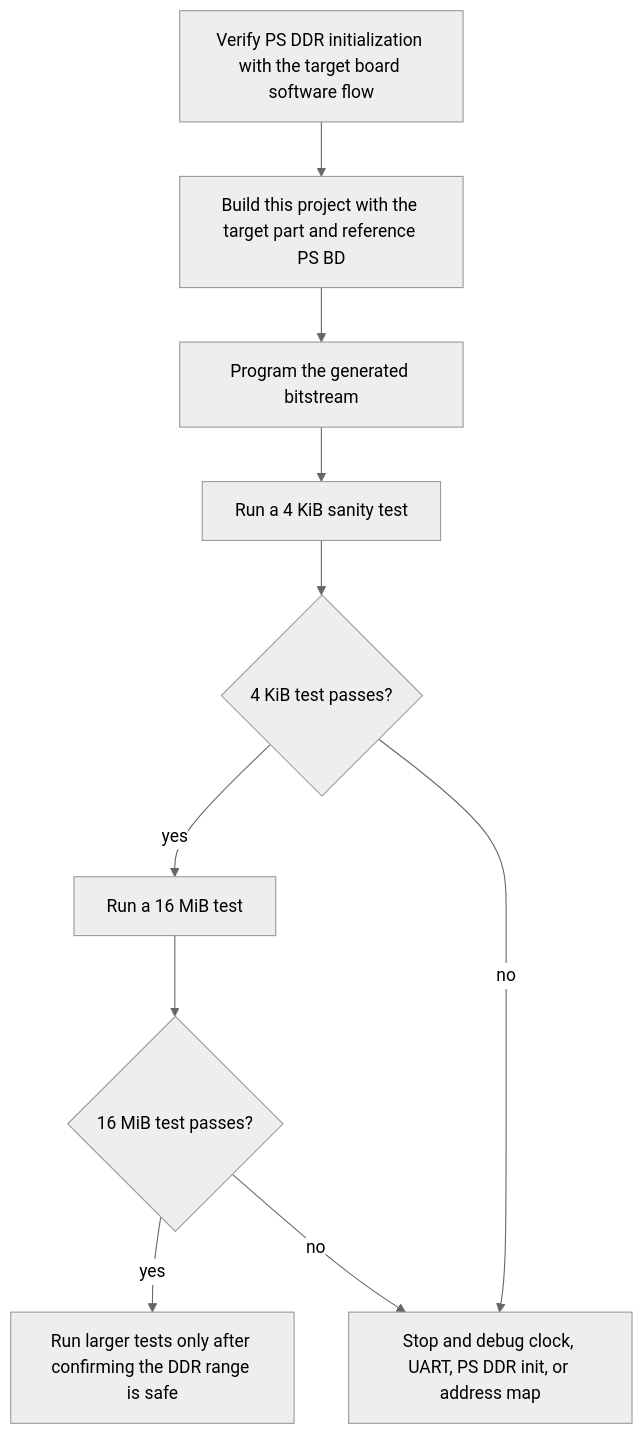
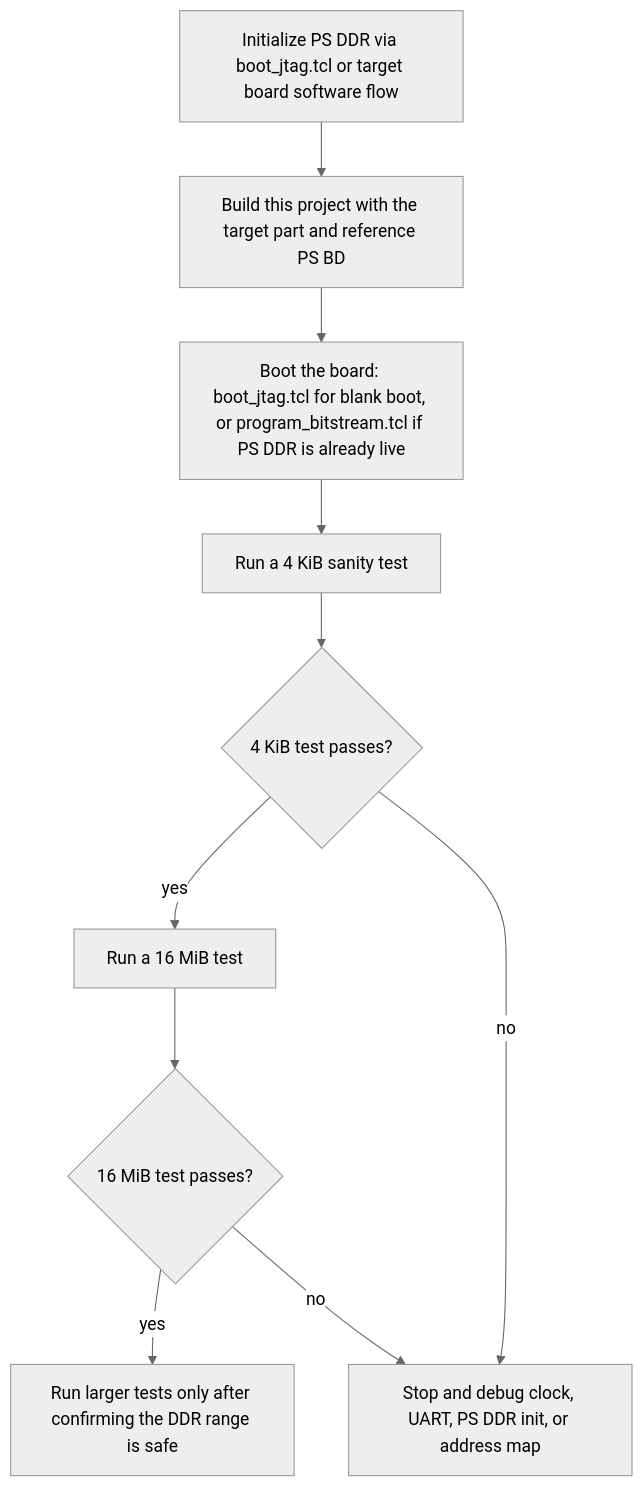
Before and after one commit to RESBI/ZU4EV-PL-to-PS-DDR-TEST: the first of 9 diagrams in README.md, drawn with Mermaid (neutral theme). The commit also changed other lines of this file and 8 other files, not shown here.

Commit message:
Add JTAG blank boot and PL power-on reset support

````diff
--- a/README.md
+++ b/README.md
@@ -312,18 +373,18 @@
 ```mermaid
 flowchart TD
-    A[Verify PS DDR initialization with the target board software flow]
+    A[Initialize PS DDR via boot_jtag.tcl or target board software flow]
     B[Build this project with the target part and reference PS BD]
-    C[Program the generated bitstream]
+    C[Boot the board: boot_jtag.tcl for blank boot, or program_bitstream.tcl if PS DDR is already live]
     D[Run a 4 KiB sanity test]
     E{4 KiB test passes?}
     F[Run a 16 MiB test]
     G{16 MiB test passes?}
     H[Run larger tests only after confirming the DDR range is safe]
     X[Stop and debug clock, UART, PS DDR init, or address map]
 
     A --> B --> C --> D --> E
     E -- yes --> F --> G
     E -- no --> X
     G -- yes --> H
     G -- no --> X
 ```
````
